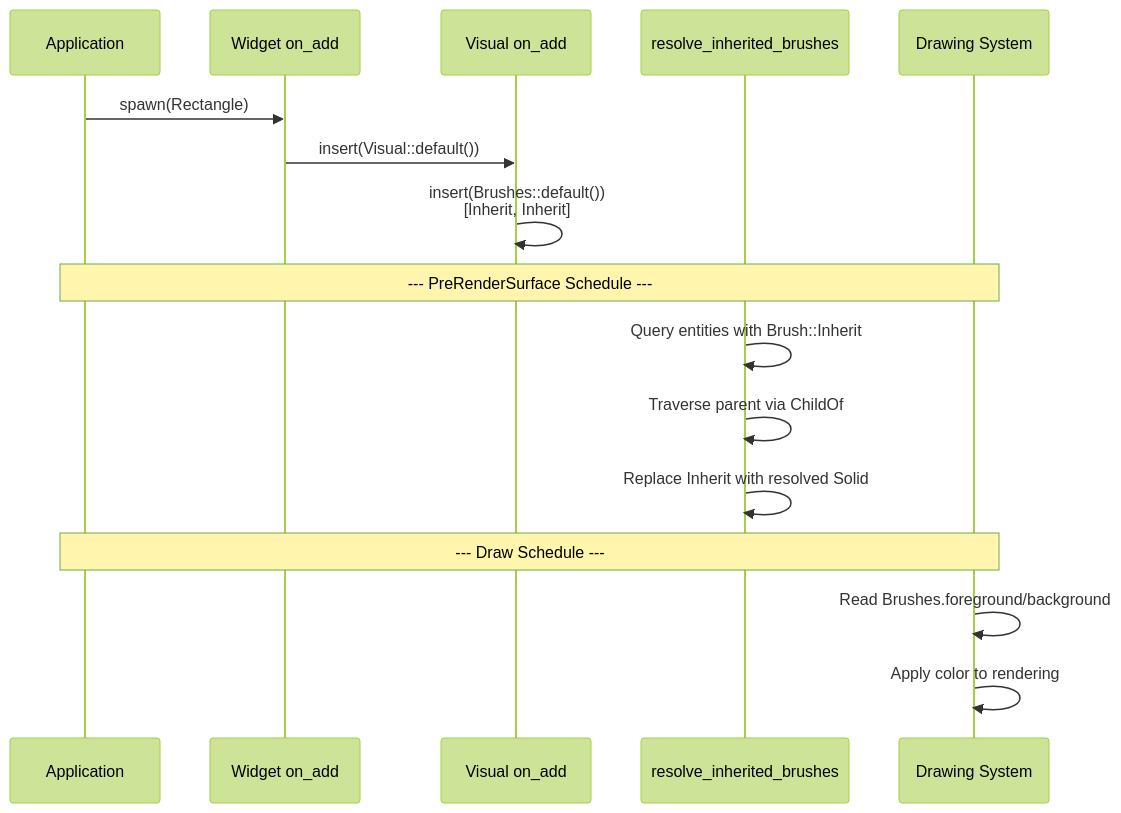
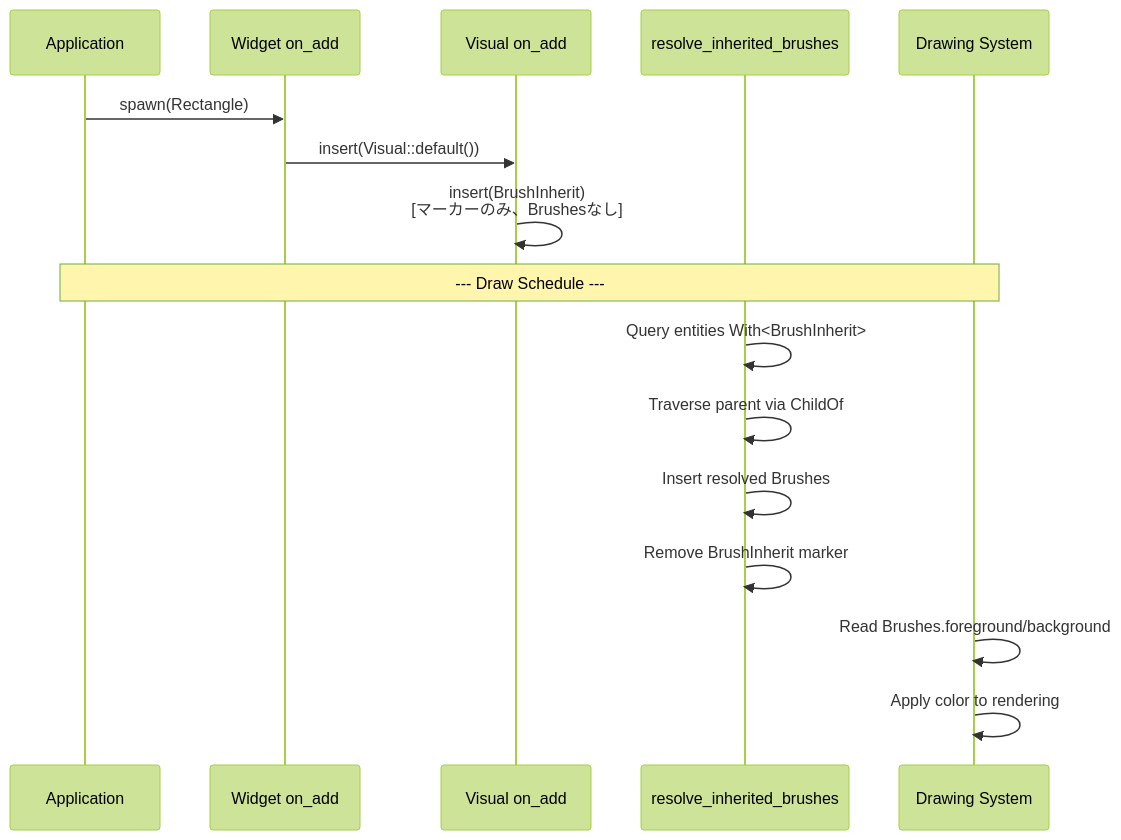
The second of 4 diagrams in .kiro/specs/brush-component-separation/design.md (ekicyou/dcomp_sample-rs), drawn with Mermaid (forest theme) before and after one commit. The commit also changed other lines of this file and 1 other file, not shown here.

First line of the commit message:
議題8: BrushInheritマーカー方式・Drawスケジュール採用

````diff
--- a/.kiro/specs/brush-component-separation/design.md
+++ b/.kiro/specs/brush-component-separation/design.md
@@ -92,23 +96,22 @@
 ```mermaid
 sequenceDiagram
     participant App as Application
     participant Widget as Widget on_add
     participant Visual as Visual on_add
     participant Resolve as resolve_inherited_brushes
     participant Draw as Drawing System
     
     App->>Widget: spawn(Rectangle)
     Widget->>Visual: insert(Visual::default())
-    Visual->>Visual: insert(Brushes::default())<br/>[Inherit, Inherit]
-    
-    Note over App,Draw: --- PreRenderSurface Schedule ---
-    
-    Resolve->>Resolve: Query entities with Brush::Inherit
-    Resolve->>Resolve: Traverse parent via ChildOf
-    Resolve->>Resolve: Replace Inherit with resolved Solid
+    Visual->>Visual: insert(BrushInherit)<br/>[マーカーのみ、Brushesなし]
     
     Note over App,Draw: --- Draw Schedule ---
+    
+    Resolve->>Resolve: Query entities With<BrushInherit>
+    Resolve->>Resolve: Traverse parent via ChildOf
+    Resolve->>Resolve: Insert resolved Brushes
+    Resolve->>Resolve: Remove BrushInherit marker
     
     Draw->>Draw: Read Brushes.foreground/background
     Draw->>Draw: Apply color to rendering
 ```
````
